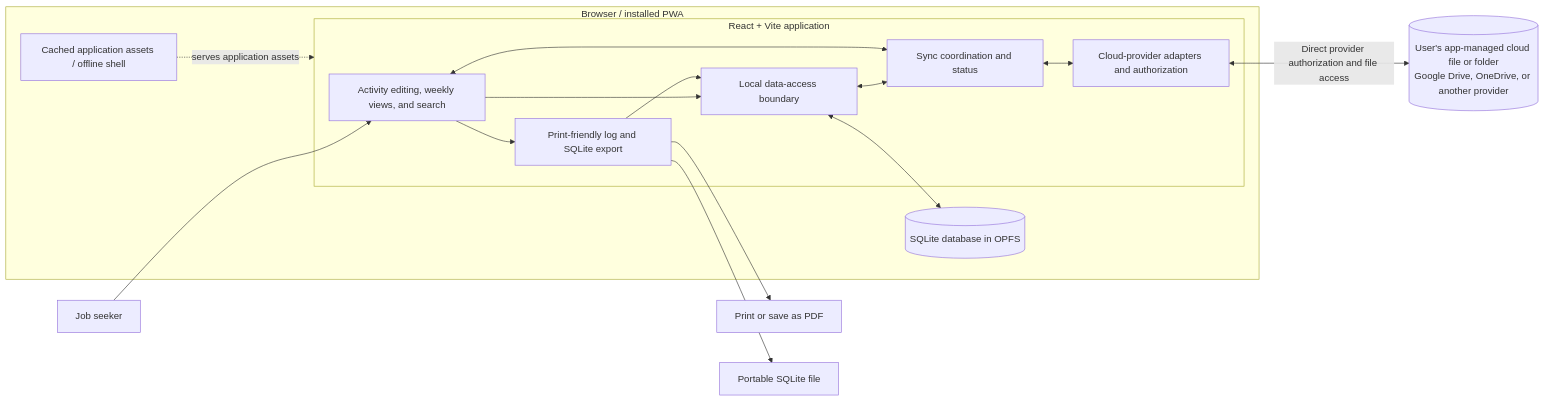
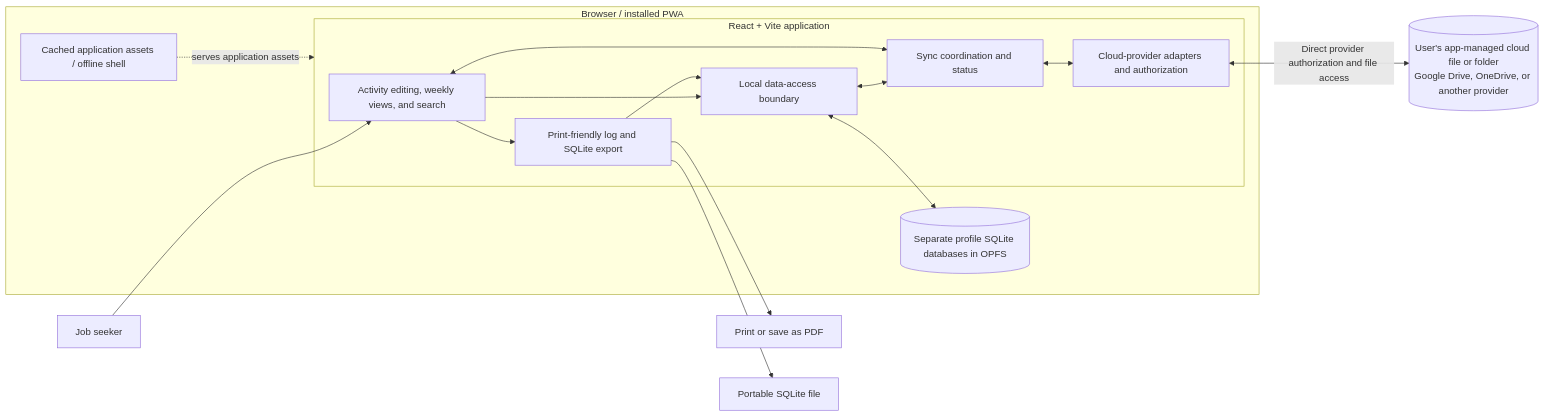
One commit to nisamson/jst changed the diagram in docs/architecture.md. Above: the diagram before and after it, drawn with Mermaid. The commit also changed other lines of this file and 28 other files, not shown here.

Commit message:
feat: establish SQLite OPFS storage foundation and diagnostics

````diff
--- a/docs/architecture.md
+++ b/docs/architecture.md
@@ -27,33 +30,33 @@
 ```mermaid
 flowchart LR
     User["Job seeker"]
 
     subgraph Browser["Browser / installed PWA"]
         subgraph App["React + Vite application"]
             UI["Activity editing, weekly views, and search"]
             Exports["Print-friendly log and SQLite export"]
             Data["Local data-access boundary"]
             Sync["Sync coordination and status"]
             Adapters["Cloud-provider adapters and authorization"]
         end
-        DB[("SQLite database in OPFS")]
+        DB[("Separate profile SQLite databases in OPFS")]
         Shell["Cached application assets / offline shell"]
     end
 
     Print["Print or save as PDF"]
     Portable["Portable SQLite file"]
     Cloud[("User's app-managed cloud file or folder<br/>Google Drive, OneDrive, or another provider")]
 
     User --> UI
     UI --> Data
     Exports --> Data
     Data <--> DB
     UI --> Exports
     Exports --> Print
     Exports --> Portable
     Shell -. serves application assets .-> App
     Data <--> Sync
     UI <--> Sync
     Sync <--> Adapters
     Adapters <-->|"Direct provider authorization and file access"| Cloud
 ```
````
